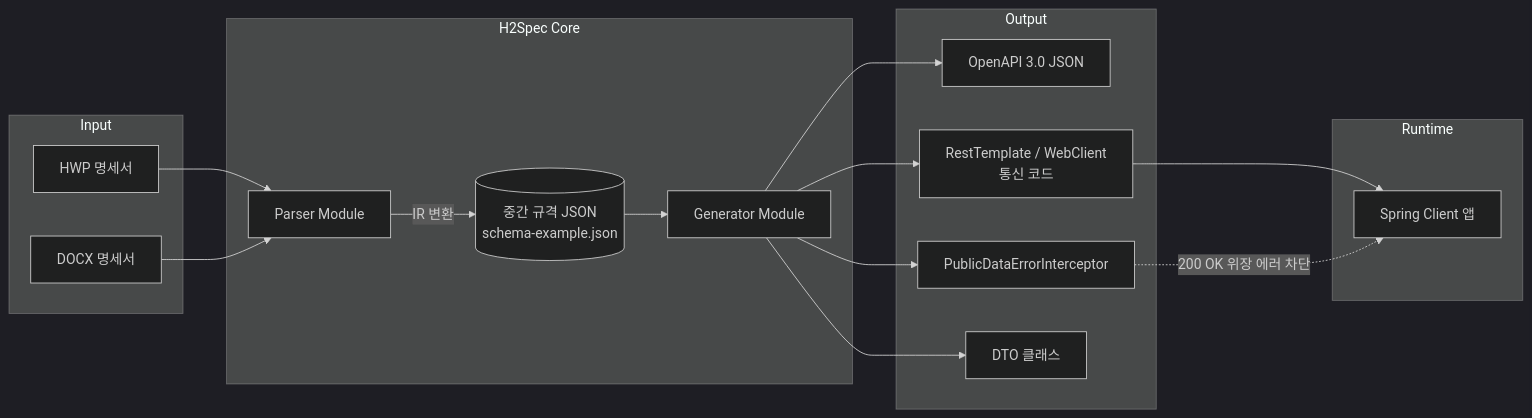
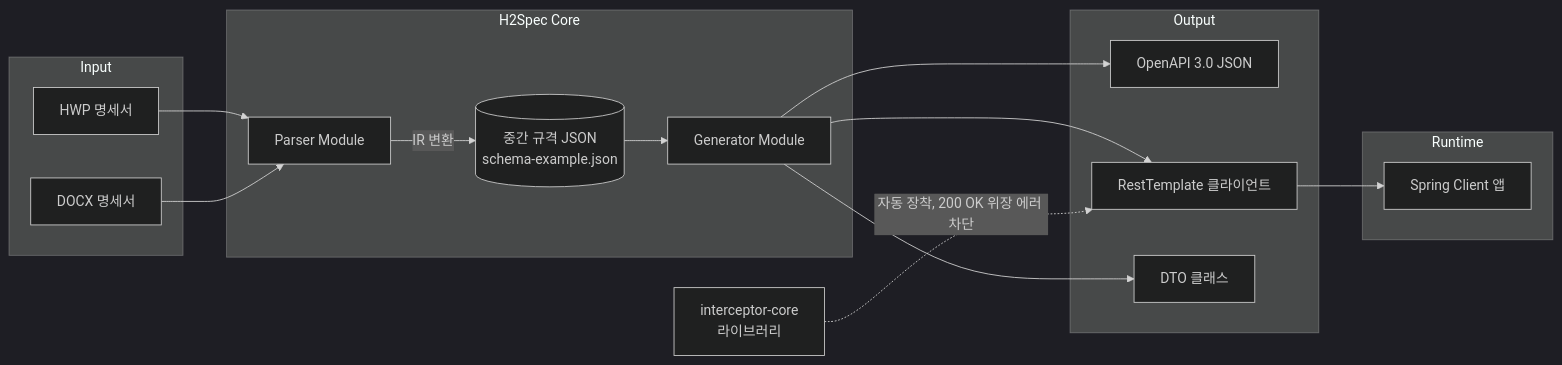
One commit to junu0305/H2Spec changed the diagram in README.md. Above: the diagram before and after it, drawn with Mermaid (dark theme). The commit also changed other lines of this file, not shown here.

````diff
--- a/README.md
+++ b/README.md
@@ -31,36 +32,36 @@
 ```mermaid
 flowchart LR
     subgraph Input
         A1[HWP 명세서]
         A2[DOCX 명세서]
     end
 
     subgraph H2Spec Core
         B[Parser Module]
         C[(중간 규격 JSON<br/>schema-example.json)]
         D[Generator Module]
     end
 
     subgraph Output
         E1[OpenAPI 3.0 JSON]
-        E2[RestTemplate / WebClient<br/>통신 코드]
-        E3[PublicDataErrorInterceptor]
+        E2[RestTemplate 클라이언트]
         E4[DTO 클래스]
     end
+
+    I[interceptor-core<br/>라이브러리]
 
     A1 --> B
     A2 --> B
     B -->|IR 변환| C
     C --> D
     D --> E1
     D --> E2
-    D --> E3
     D --> E4
 
     subgraph Runtime
         F[Spring Client 앱]
     end
 
     E2 --> F
-    E3 -.->|200 OK 위장 에러 차단| F
+    I -.->|자동 장착, 200 OK 위장 에러 차단| E2
 ```
````
